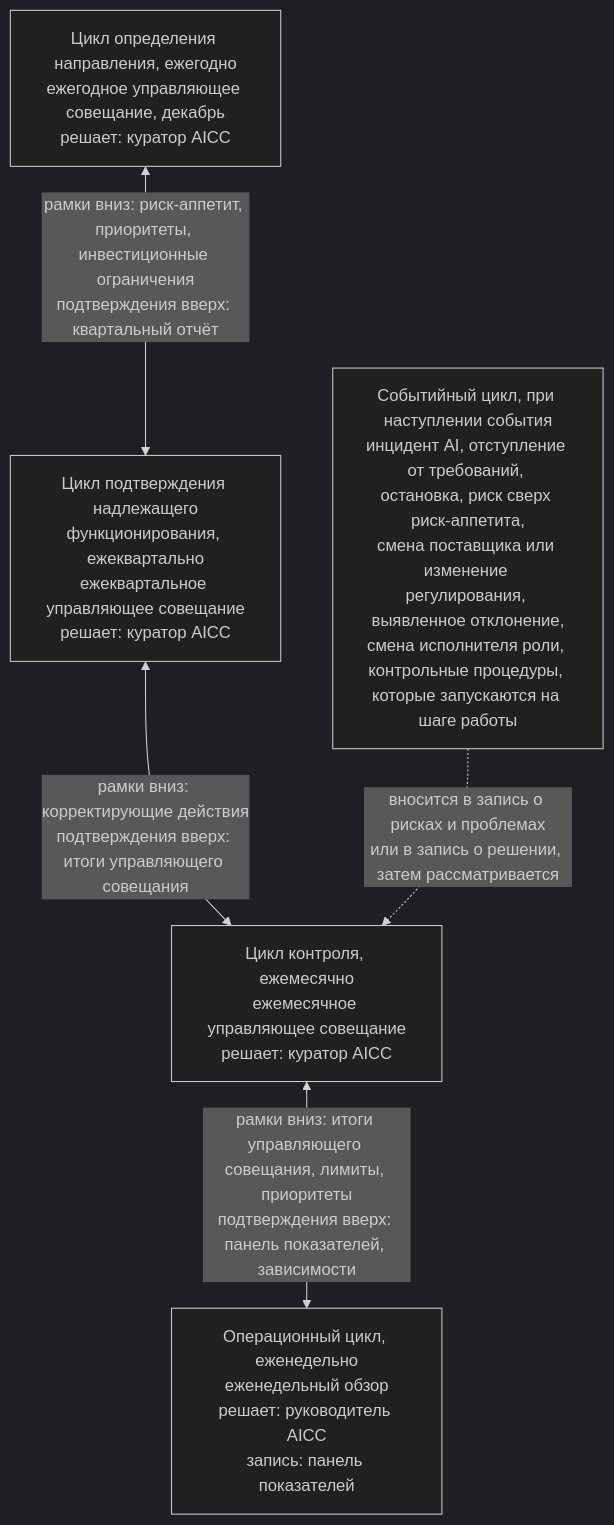
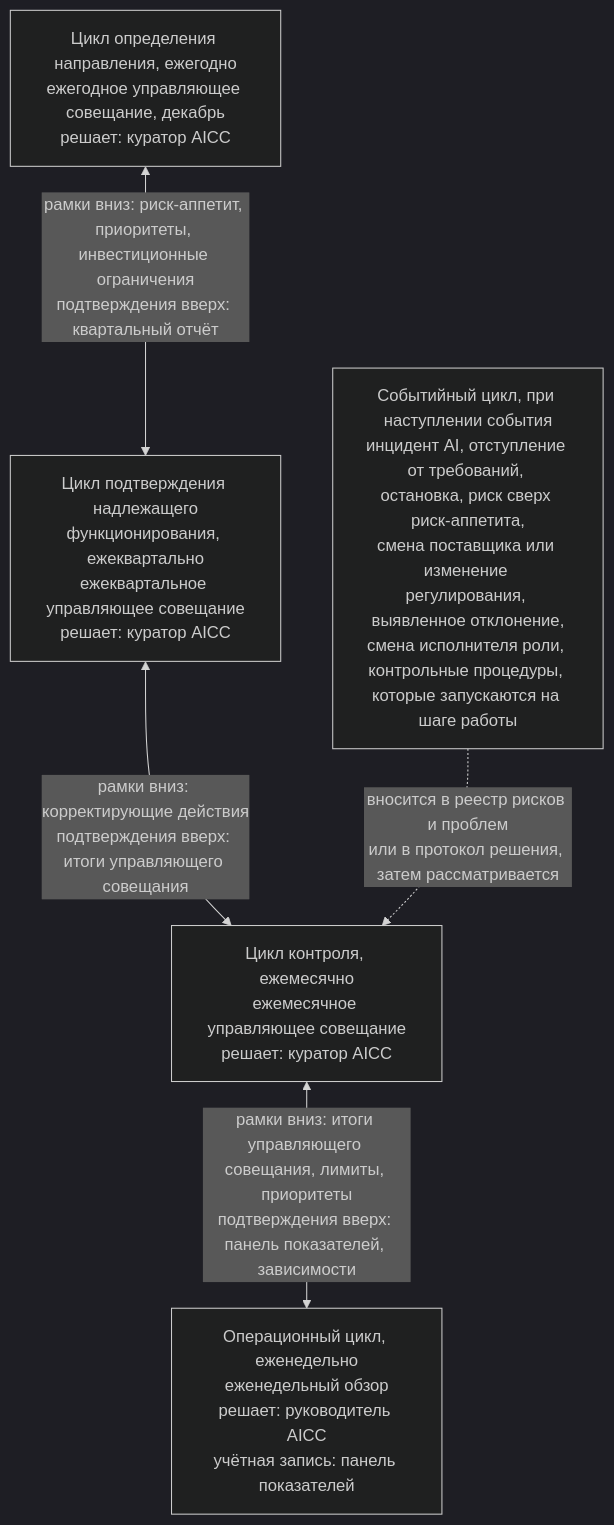
Before and after one commit to devhogu/ob-aicc: the second of 3 diagrams in charter/ru/guides/unit-governance-guide.md, drawn with Mermaid (dark theme). The commit also changed other lines of this file and 370 other files, not shown here.

````diff
--- a/charter/ru/guides/unit-governance-guide.md
+++ b/charter/ru/guides/unit-governance-guide.md
@@ -52,12 +52,12 @@
 ```mermaid
 flowchart TB
   DI["Цикл определения направления, ежегодно<br/>ежегодное управляющее совещание, декабрь<br/>решает: куратор AICC"]
   AS["Цикл подтверждения надлежащего<br/>функционирования, ежеквартально<br/>ежеквартальное управляющее совещание<br/>решает: куратор AICC"]
   CO["Цикл контроля, ежемесячно<br/>ежемесячное управляющее совещание<br/>решает: куратор AICC"]
-  OP["Операционный цикл, еженедельно<br/>еженедельный обзор<br/>решает: руководитель AICC<br/>запись: панель показателей"]
+  OP["Операционный цикл, еженедельно<br/>еженедельный обзор<br/>решает: руководитель AICC<br/>учётная запись: панель показателей"]
   DI <-->|"рамки вниз: риск-аппетит, приоритеты, инвестиционные ограничения<br/>подтверждения вверх: квартальный отчёт"| AS
   AS <-->|"рамки вниз: корректирующие действия<br/>подтверждения вверх: итоги управляющего совещания"| CO
   CO <-->|"рамки вниз: итоги управляющего совещания, лимиты, приоритеты<br/>подтверждения вверх: панель показателей, зависимости"| OP
   EV["Событийный цикл, при наступлении события<br/>инцидент AI, отступление от требований, остановка, риск сверх риск-аппетита,<br/>смена поставщика или изменение регулирования, выявленное отклонение,<br/>смена исполнителя роли, контрольные процедуры, которые запускаются на шаге работы"]
-  EV -.->|"вносится в запись о рисках и проблемах<br/>или в запись о решении, затем рассматривается"| CO
+  EV -.->|"вносится в реестр рисков и проблем<br/>или в протокол решения, затем рассматривается"| CO
 ```
````
